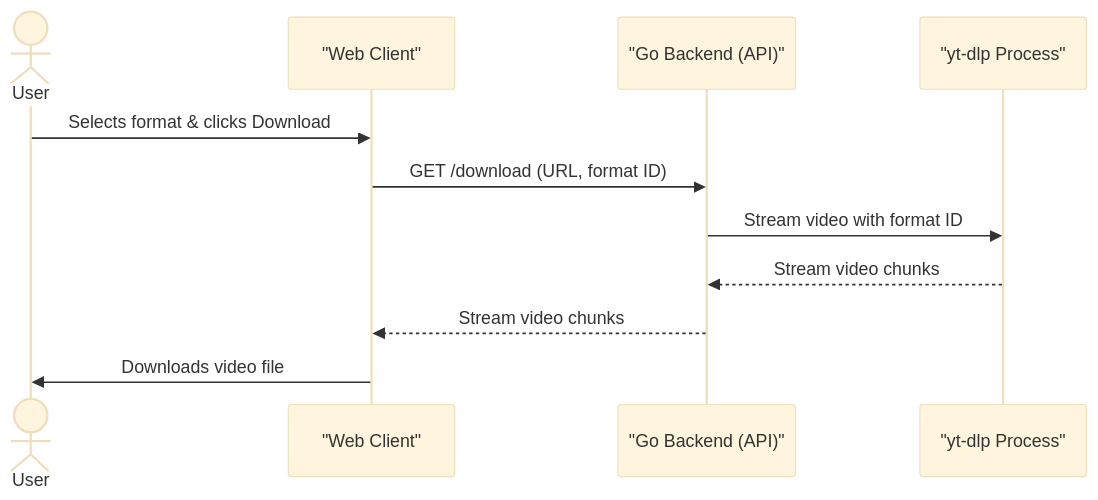
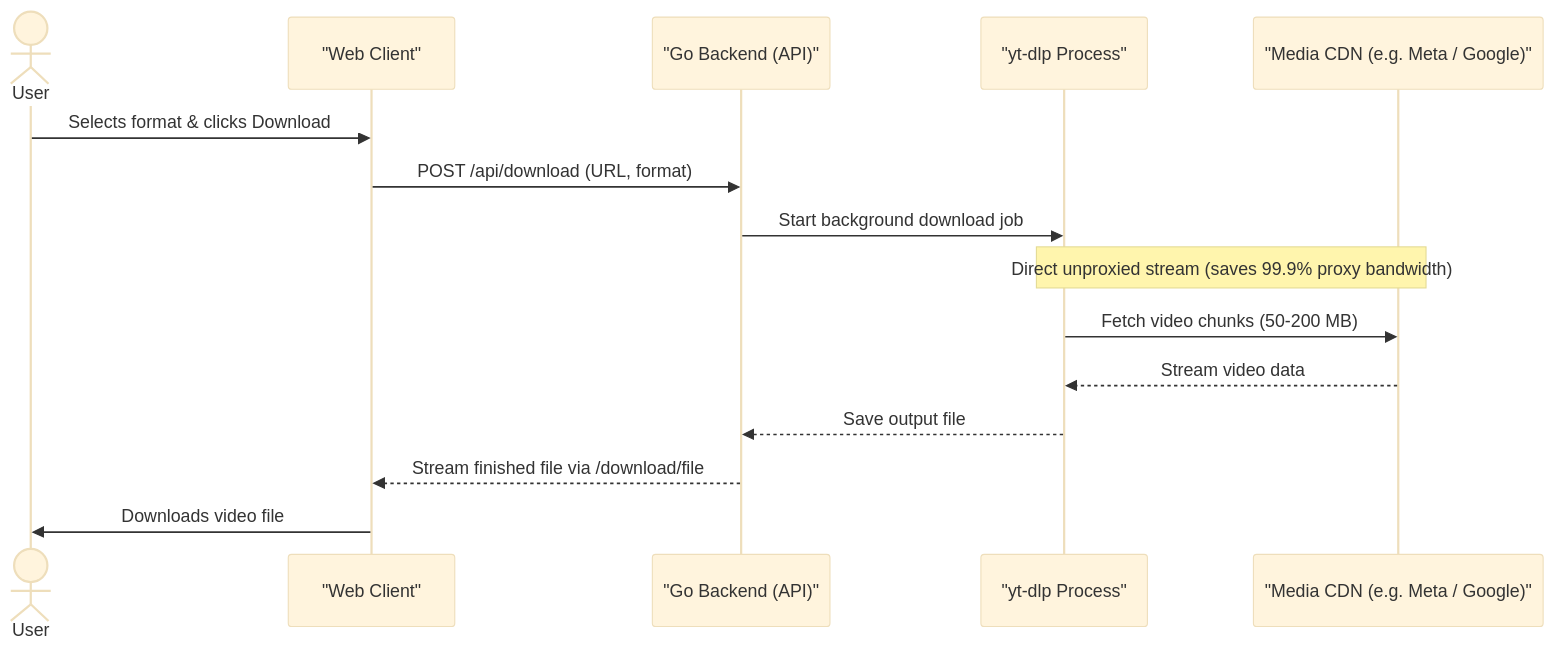
One commit to samueltuoyo15/SaveIt changed the second of 3 diagrams in README.md. Above: the diagram before and after it, drawn with Mermaid (base theme). The commit also changed other lines of this file and 4 other files, not shown here.

Commit message:
feat(ytdlp): add residential proxy support via DATAIMPULSE_PROXY_URL and update docs

````diff
--- a/README.md
+++ b/README.md
@@ -83,14 +88,18 @@
     ```mermaid
     sequenceDiagram
       actor User
       participant WebClient as "Web Client"
       participant GoBackend as "Go Backend (API)"
       participant YTDLP as "yt-dlp Process"
+      participant CDN as "Media CDN (e.g. Meta / Google)"
 
       User->>WebClient: Selects format & clicks Download
-      WebClient->>GoBackend: GET /download (URL, format ID)
-      GoBackend->>YTDLP: Stream video with format ID
-      YTDLP-->>GoBackend: Stream video chunks
-      GoBackend-->>WebClient: Stream video chunks
+      WebClient->>GoBackend: POST /api/download (URL, format)
+      GoBackend->>YTDLP: Start background download job
+      Note over YTDLP,CDN: Direct unproxied stream (saves 99.9% proxy bandwidth)
+      YTDLP->>CDN: Fetch video chunks (50-200 MB)
+      CDN-->>YTDLP: Stream video data
+      YTDLP-->>GoBackend: Save output file
+      GoBackend-->>WebClient: Stream finished file via /download/file
       WebClient->>User: Downloads video file
     ```
````
